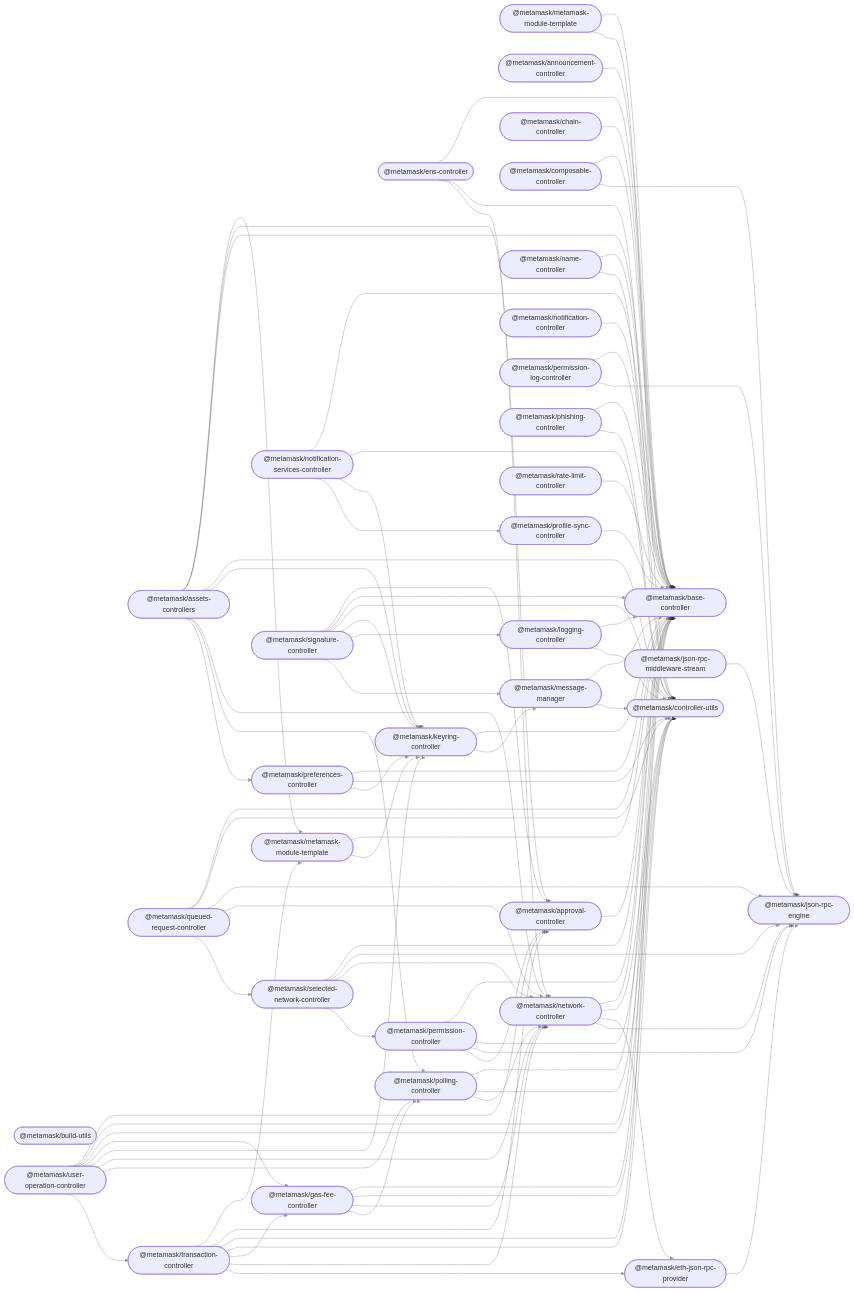
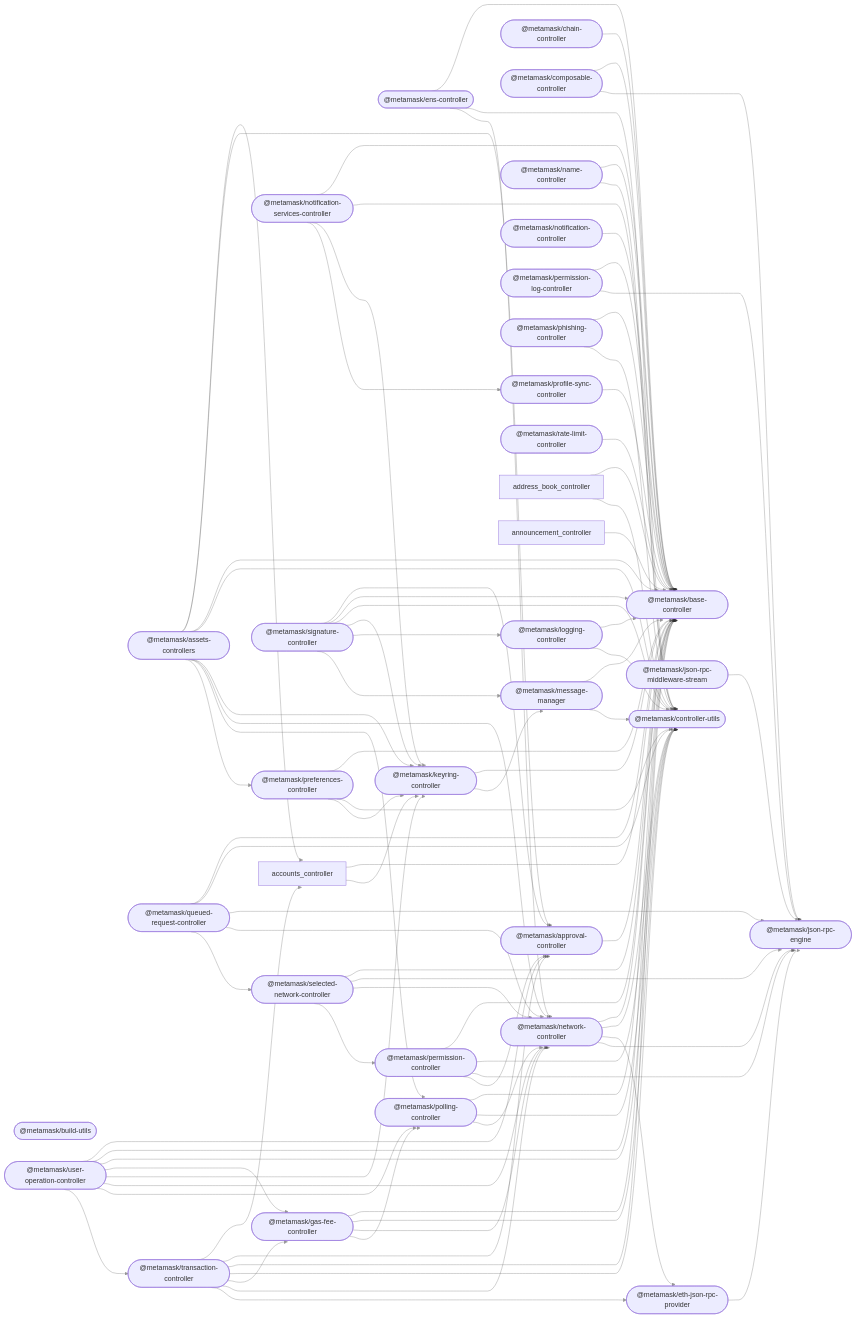
One commit to MetaMask/metamask-monorepo-template changed the diagram in README.md. Above: the diagram before and after it, drawn with Mermaid. The commit also changed other lines of this file, not shown here.

Commit message:
chore: removing announcement-controller

```diff
--- a/README.md
+++ b/README.md
@@ -57,9 +56,6 @@
 %%{ init: { 'flowchart': { 'curve': 'bumpX' } } }%%
 graph LR;
 linkStyle default opacity:0.5
-  accounts_controller(["@metamask/metamask-module-template"]);
-  address_book_controller(["@metamask/metamask-module-template"]);
-  announcement_controller(["@metamask/announcement-controller"]);
   approval_controller(["@metamask/approval-controller"]);
   assets_controllers(["@metamask/assets-controllers"]);
   base_controller(["@metamask/base-controller"]);
```
